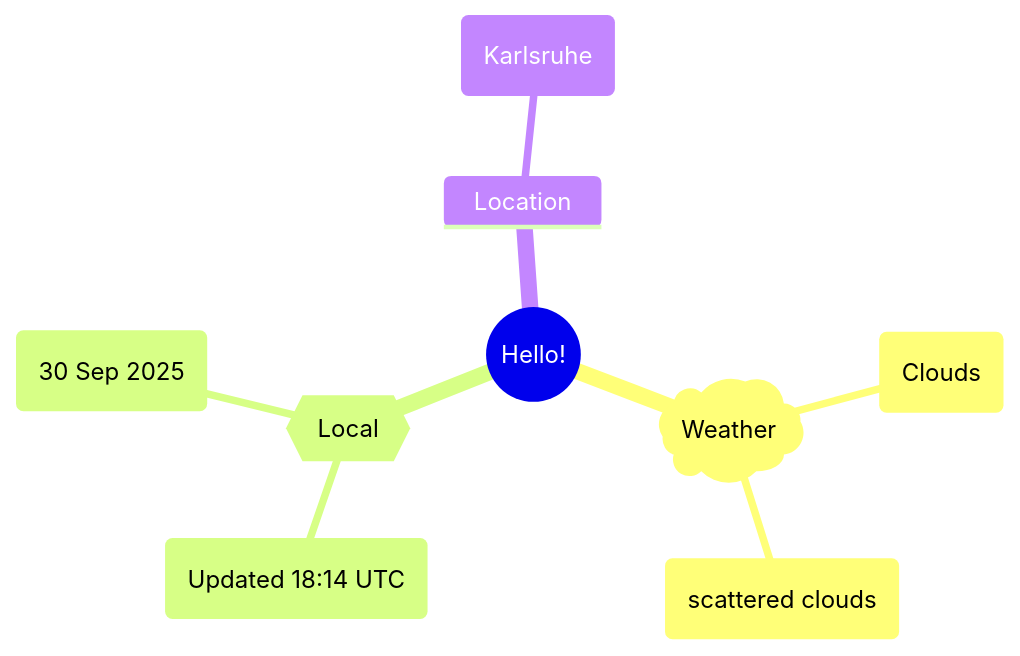
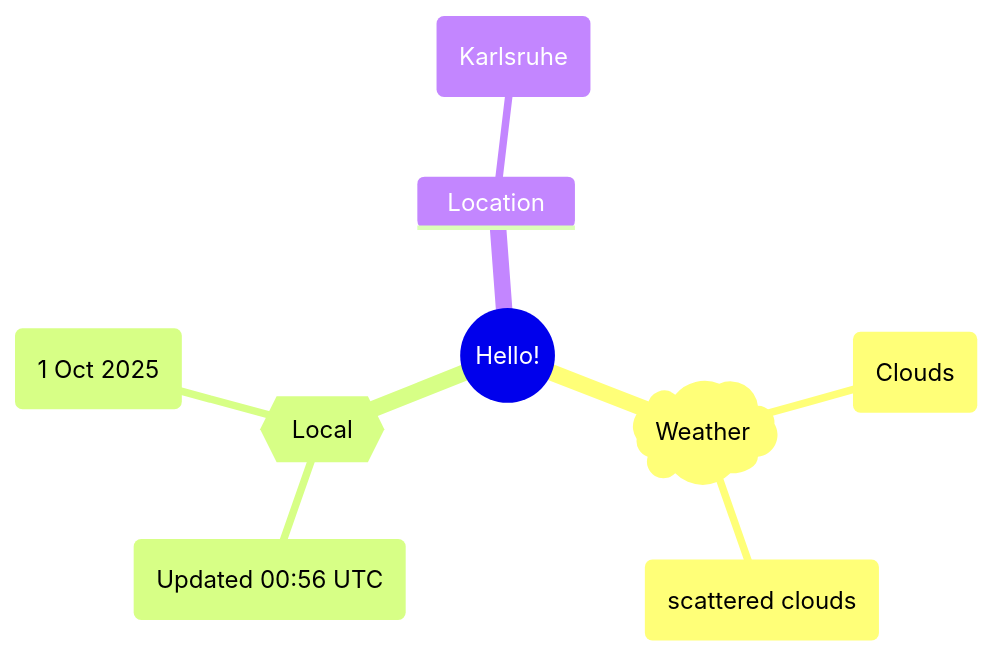
One commit to Xosrov/Xosrov changed the first of 2 diagrams in README.md. Above: the diagram before and after it, drawn with Mermaid.

Commit message:
[bot] updated images

````diff
--- a/README.md
+++ b/README.md
@@ -3,12 +3,12 @@
 ```mermaid
 mindmap
   root((Hello!))
     )Weather(
         (Clouds)
         (scattered clouds)
     {{Local}}
-        (Updated 18:14 UTC)
-        (30 Sep 2025)
+        (Updated 00:56 UTC)
+        (1 Oct 2025)
     Location
         (Karlsruhe)
 ```
````
